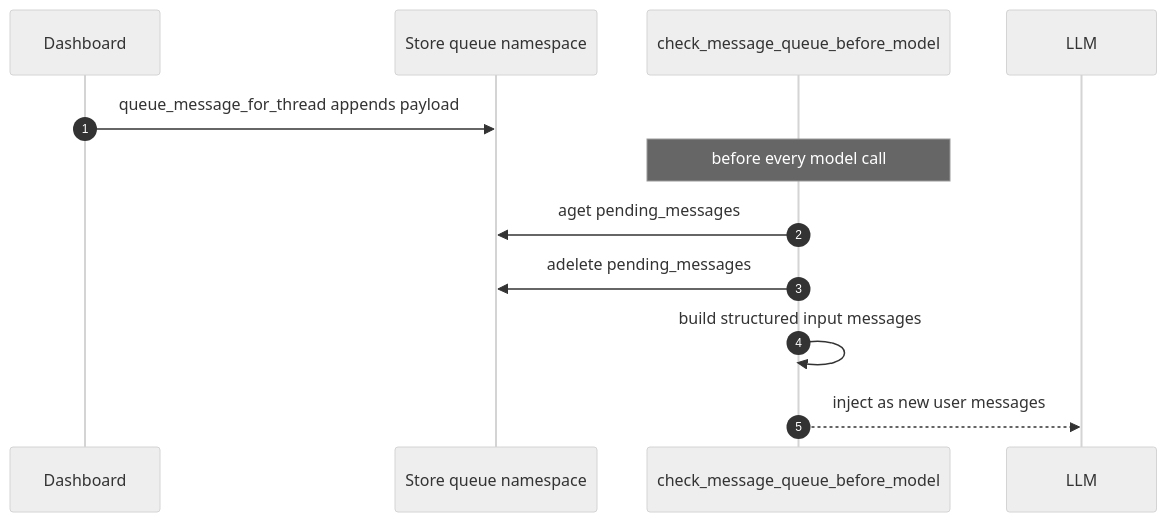
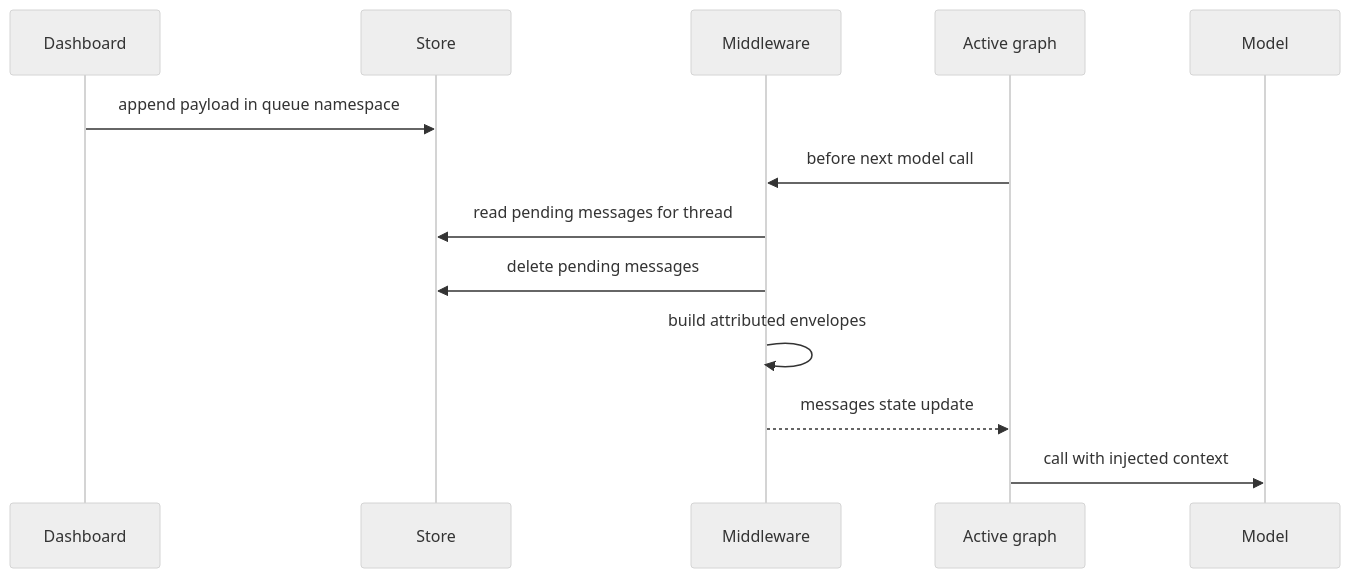
One commit to langchain-ai/open-swe changed the second of 3 diagrams in openwiki/workflows/follow-up-messages.md. Above: the diagram before and after it, drawn with Mermaid (neutral theme). The commit also changed other lines of this file and 52 other files, not shown here.

````diff
--- a/openwiki/workflows/follow-up-messages.md
+++ b/openwiki/workflows/follow-up-messages.md
@@ -147,15 +100,16 @@
 ```mermaid
 sequenceDiagram
-    autonumber
     participant Dashboard
-    participant Queue as Store queue namespace
-    participant MW as check_message_queue_before_model
-    participant Model as LLM
+    participant Store
+    participant Middleware
+    participant Graph as Active graph
+    participant Model
 
-    Dashboard->>Queue: queue_message_for_thread appends payload
-    Note over MW: before every model call
-    MW->>Queue: aget pending_messages
-    MW->>Queue: adelete pending_messages
-    MW->>MW: build structured input messages
-    MW-->>Model: inject as new user messages
+    Dashboard->>Store: append payload in queue namespace
+    Graph->>Middleware: before next model call
+    Middleware->>Store: read pending messages for thread
+    Middleware->>Store: delete pending messages
+    Middleware->>Middleware: build attributed envelopes
+    Middleware-->>Graph: messages state update
+    Graph->>Model: call with injected context
 ```
````
